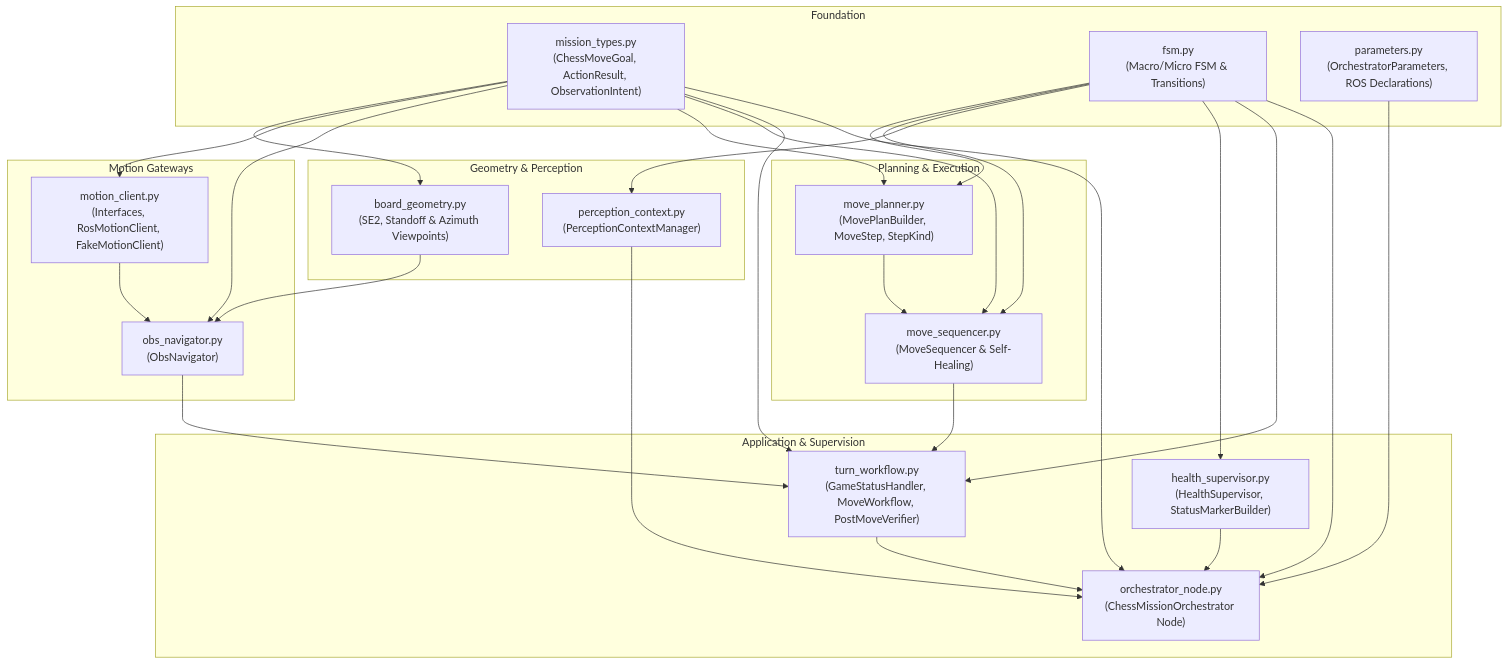
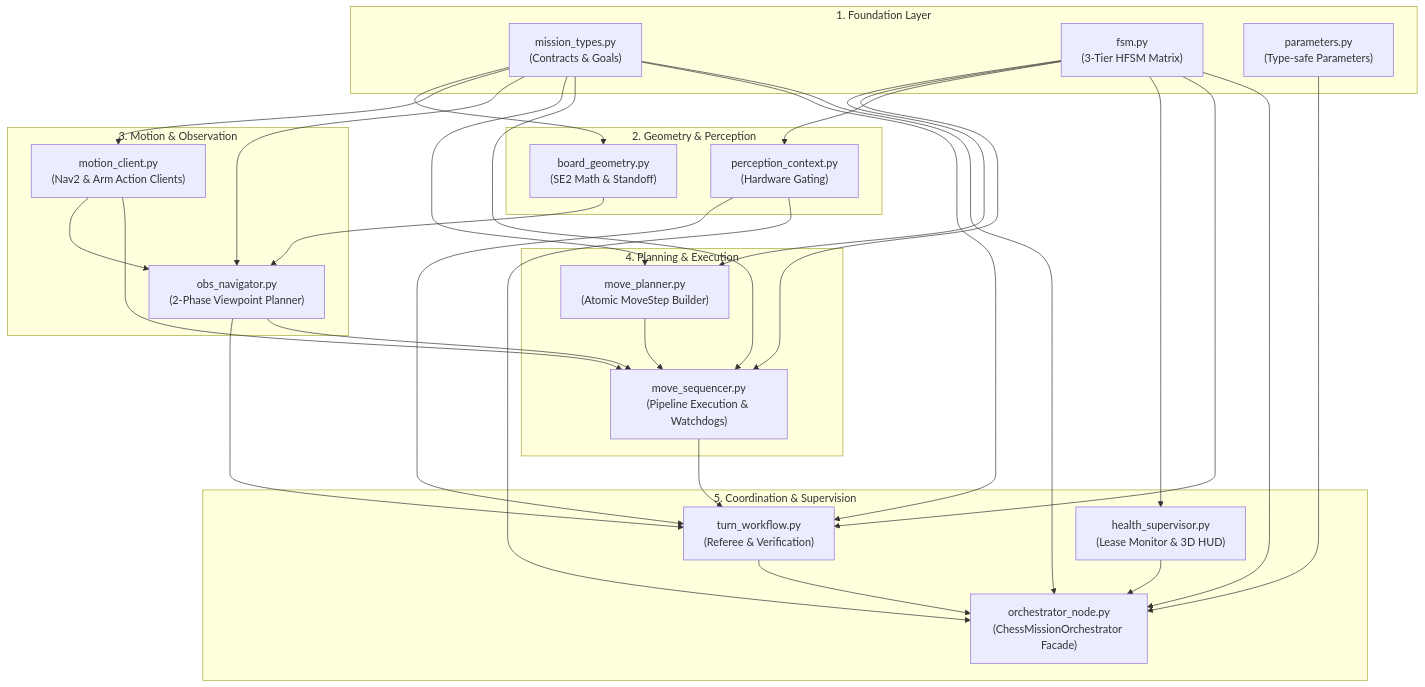
The diagram in lekiwi_orchestrator/README.md (DuyKhongCay/lekiwi_ros2), drawn with Mermaid before and after one commit. The commit also changed other lines of this file and 12 other files, not shown here.

````diff
--- a/lekiwi_orchestrator/README.md
+++ b/lekiwi_orchestrator/README.md
@@ -11,54 +40,41 @@
 ```mermaid
 flowchart TD
-    subgraph Foundation
-        MODELS["mission_types.py<br/>(ChessMoveGoal, ActionResult, ObservationIntent)"]
-        FSM["fsm.py<br/>(Macro/Micro FSM & Transitions)"]
-        PARAMS["parameters.py<br/>(OrchestratorParameters, ROS Declarations)"]
+    subgraph Foundation ["1. Foundation Layer"]
+        MODELS["mission_types.py<br/>(Contracts & Goals)"]
+        FSM["fsm.py<br/>(3-Tier HFSM Matrix)"]
+        PARAMS["parameters.py<br/>(Type-safe Parameters)"]
     end
 
-    subgraph Geometry & Perception
-        GEOM["board_geometry.py<br/>(SE2, Standoff & Azimuth Viewpoints)"]
-        PERC["perception_context.py<br/>(PerceptionContextManager)"]
+    subgraph GeometryPerception ["2. Geometry & Perception"]
+        GEOM["board_geometry.py<br/>(SE2 Math & Standoff)"]
+        PERC["perception_context.py<br/>(Hardware Gating)"]
     end
 
-    subgraph Motion Gateways
-        MOTION["motion_client.py<br/>(Interfaces, RosMotionClient, FakeMotionClient)"]
-        OBS["obs_navigator.py<br/>(ObsNavigator)"]
+    subgraph MotionGateways ["3. Motion & Observation"]
+        MOTION["motion_client.py<br/>(Nav2 & Arm Action Clients)"]
+        OBS["obs_navigator.py<br/>(2-Phase Viewpoint Planner)"]
     end
 
-    subgraph Planning & Execution
-        PLAN["move_planner.py<br/>(MovePlanBuilder, MoveStep, StepKind)"]
-        SEQ["move_sequencer.py<br/>(MoveSequencer & Self-Healing)"]
+    subgraph PlanningExecution ["4. Planning & Execution"]
+        PLAN["move_planner.py<br/>(Atomic MoveStep Builder)"]
+        SEQ["move_sequencer.py<br/>(Pipeline Execution & Watchdogs)"]
     end
 
-    subgraph Application & Supervision
-        WORKFLOW["turn_workflow.py<br/>(GameStatusHandler, MoveWorkflow, PostMoveVerifier)"]
-        HEALTH["health_supervisor.py<br/>(HealthSupervisor, StatusMarkerBuilder)"]
-        NODE["orchestrator_node.py<br/>(ChessMissionOrchestrator Node)"]
+    subgraph ApplicationSupervision ["5. Coordination & Supervision"]
+        WORKFLOW["turn_workflow.py<br/>(Referee & Verification)"]
+        HEALTH["health_supervisor.py<br/>(Lease Monitor & 3D HUD)"]
+        NODE["orchestrator_node.py<br/>(ChessMissionOrchestrator Facade)"]
     end
 
-    MODELS --> GEOM
-    MODELS --> MOTION
-    MODELS --> OBS
-    MODELS --> PLAN
-    MODELS --> SEQ
-    MODELS --> WORKFLOW
-    MODELS --> NODE
-
-    FSM --> PLAN
-    FSM --> SEQ
-    FSM --> PERC
-    FSM --> HEALTH
-    FSM --> WORKFLOW
-    FSM --> NODE
-
+    MODELS --> GEOM & MOTION & OBS & PLAN & SEQ & WORKFLOW & NODE
+    FSM --> PLAN & SEQ & PERC & HEALTH & WORKFLOW & NODE
     GEOM --> OBS
-    MOTION --> OBS
+    MOTION --> OBS & SEQ
     PLAN --> SEQ
+    OBS --> WORKFLOW & SEQ
     SEQ --> WORKFLOW
-    OBS --> WORKFLOW
-    PERC --> NODE
+    PERC --> WORKFLOW & NODE
     HEALTH --> NODE
     WORKFLOW --> NODE
     PARAMS --> NODE
 ```
````
